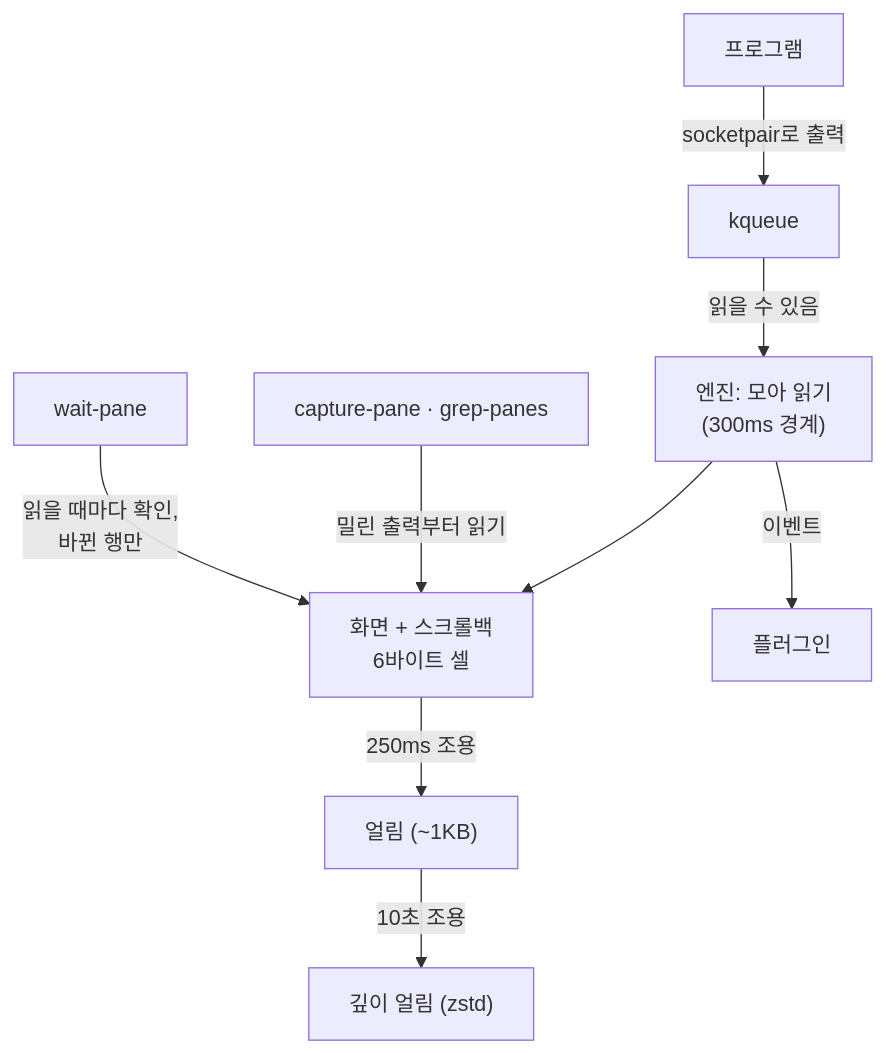
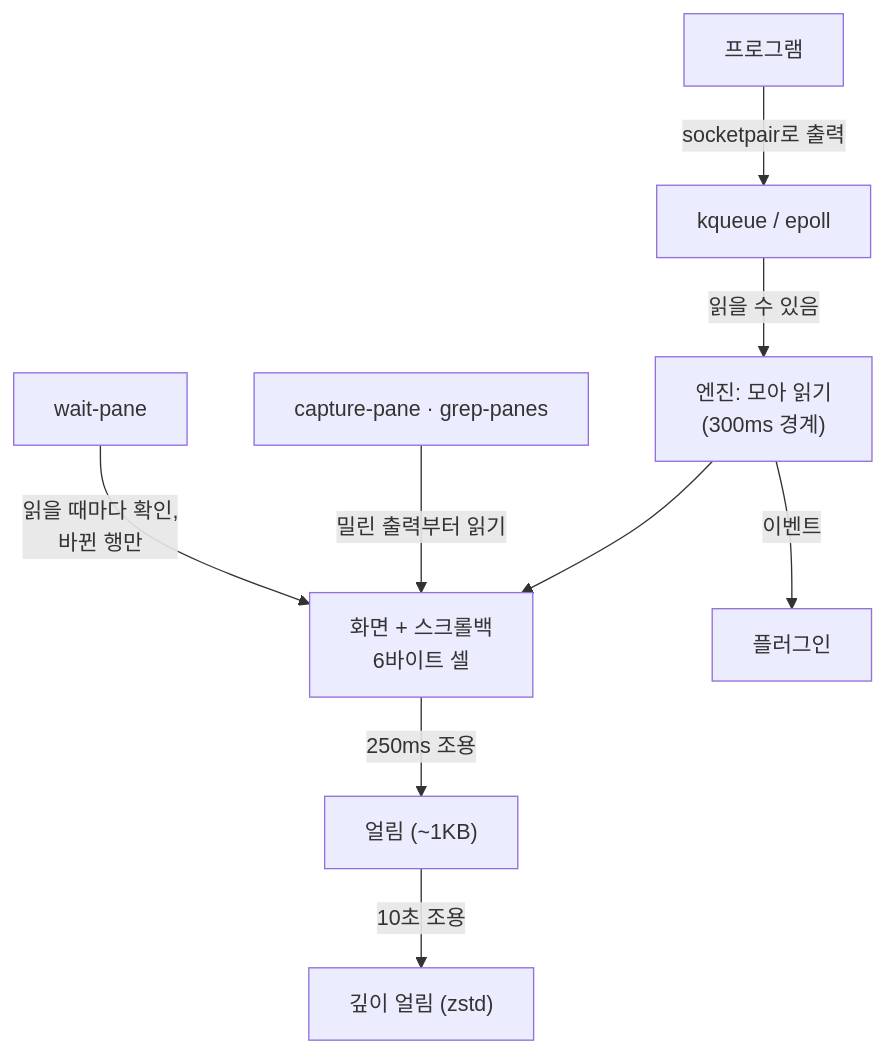
Before and after one commit to CreatiCoding/zeropty: the diagram in website/src/ko/guide/concepts/screens.md, drawn with Mermaid. The commit also changed 19 other files, not shown here.

````diff
--- a/website/src/ko/guide/concepts/screens.md
+++ b/website/src/ko/guide/concepts/screens.md
@@ -9,11 +9,11 @@
 ```mermaid
 flowchart TB
-  p["프로그램"] -->|"socketpair로 출력"| k["kqueue"]
+  p["프로그램"] -->|"socketpair로 출력"| k["kqueue / epoll"]
   k -->|"읽을 수 있음"| r["엔진: 모아 읽기<br/>(300ms 경계)"]
   r --> s["화면 + 스크롤백<br/>6바이트 셀"]
   s -->|"250ms 조용"| f["얼림 (~1KB)"]
   f -->|"10초 조용"| d["깊이 얼림 (zstd)"]
   c["capture-pane · grep-panes"] -->|"밀린 출력부터 읽기"| s
   w["wait-pane"] -->|"읽을 때마다 확인,<br/>바뀐 행만"| s
   r -->|"이벤트"| pl["플러그인"]
 ```
````
